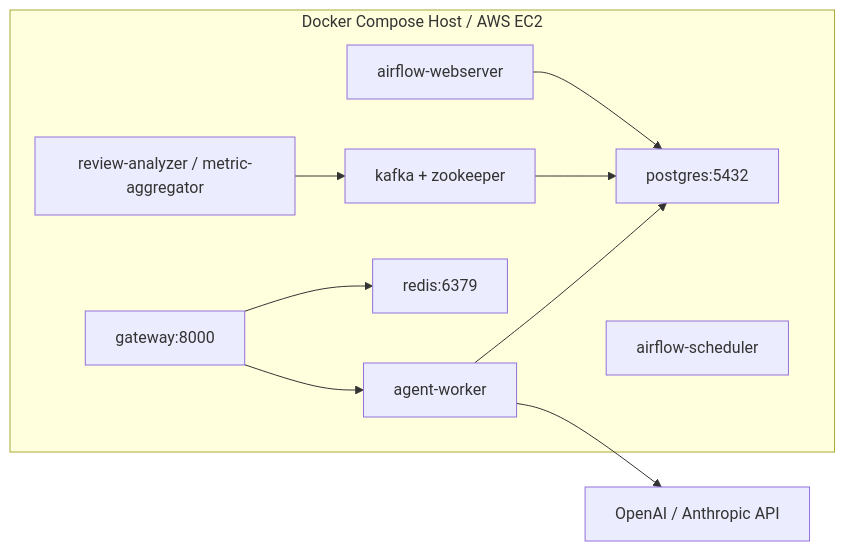
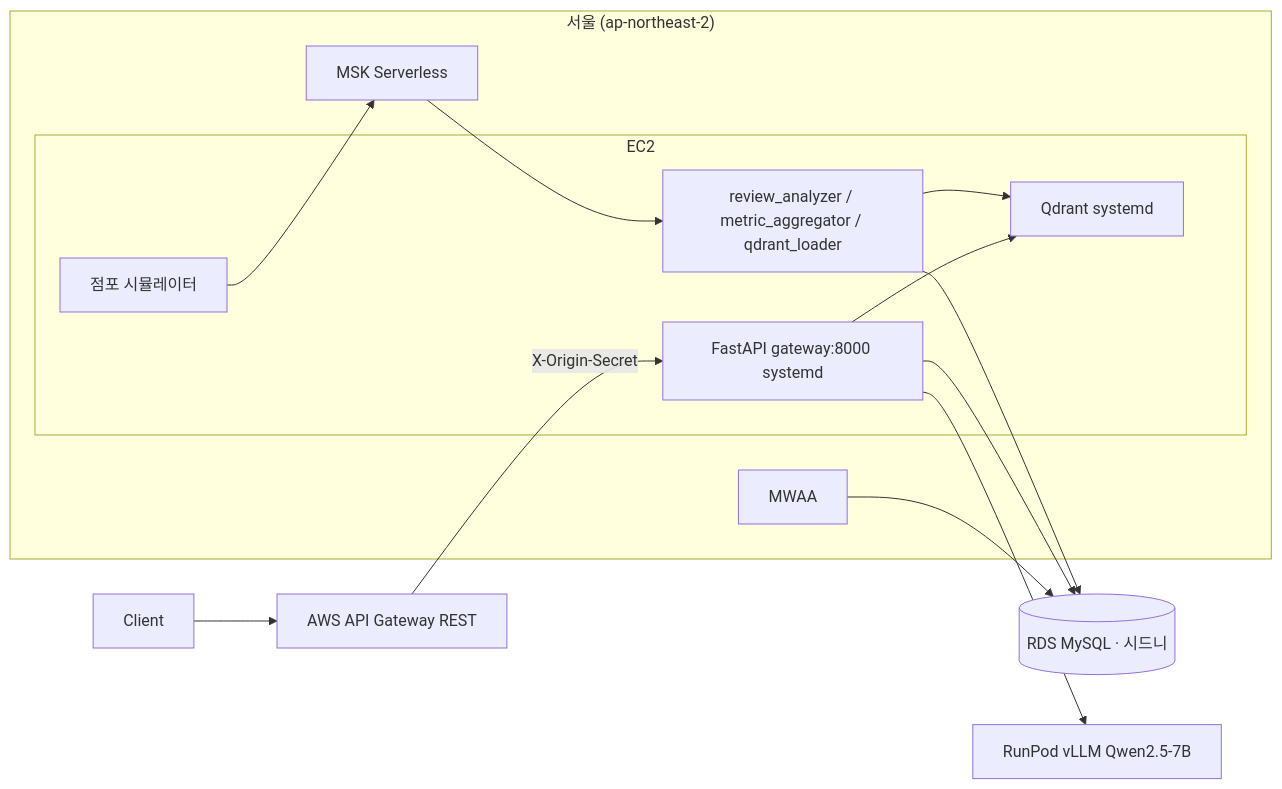
The fourth of 4 diagrams in docs/ARCHITECTURE.md (archdsp/AI_Commerce_Operation_Platform), drawn with Mermaid before and after one commit. The commit also changed other lines of this file and 1 other file, not shown here.

First line of the commit message:
docs(arch/deploy): ARCHITECTURE·DEPLOYMENT 본문 실제 스택 재작성 (REALIGNED v2.0)

````diff
--- a/docs/ARCHITECTURE.md
+++ b/docs/ARCHITECTURE.md
@@ -231,19 +252,27 @@
 ```mermaid
 flowchart LR
-    subgraph Host["Docker Compose Host / AWS EC2"]
-        GW[gateway:8000]
-        AG[agent-worker]
-        K[kafka + zookeeper]
-        R[redis:6379]
-        PG[postgres:5432]
-        AFW[airflow-webserver]
-        AFS[airflow-scheduler]
-        WK[review-analyzer / metric-aggregator]
+    C[Client] --> AGW[AWS API Gateway REST]
+
+    subgraph Seoul["서울 (ap-northeast-2)"]
+        subgraph EC2["EC2"]
+            GW[FastAPI gateway:8000 systemd]
+            SIM[점포 시뮬레이터]
+            CONS[review_analyzer / metric_aggregator / qdrant_loader]
+            QD[Qdrant systemd]
+        end
+        MSK[MSK Serverless]
+        MWAA[MWAA]
     end
-    EXT[OpenAI / Anthropic API]
-    GW --> AG --> PG
-    GW --> R
-    AG --> EXT
-    WK --> K --> PG
-    AFW --> PG
+
+    RDS[(RDS MySQL · 시드니)]
+    VLLM[RunPod vLLM Qwen2.5-7B]
+
+    AGW -->|X-Origin-Secret| GW
+    GW --> RDS
+    GW --> VLLM
+    GW --> QD
+    SIM --> MSK --> CONS
+    CONS --> RDS
+    CONS --> QD
+    MWAA --> RDS
 ```
````
